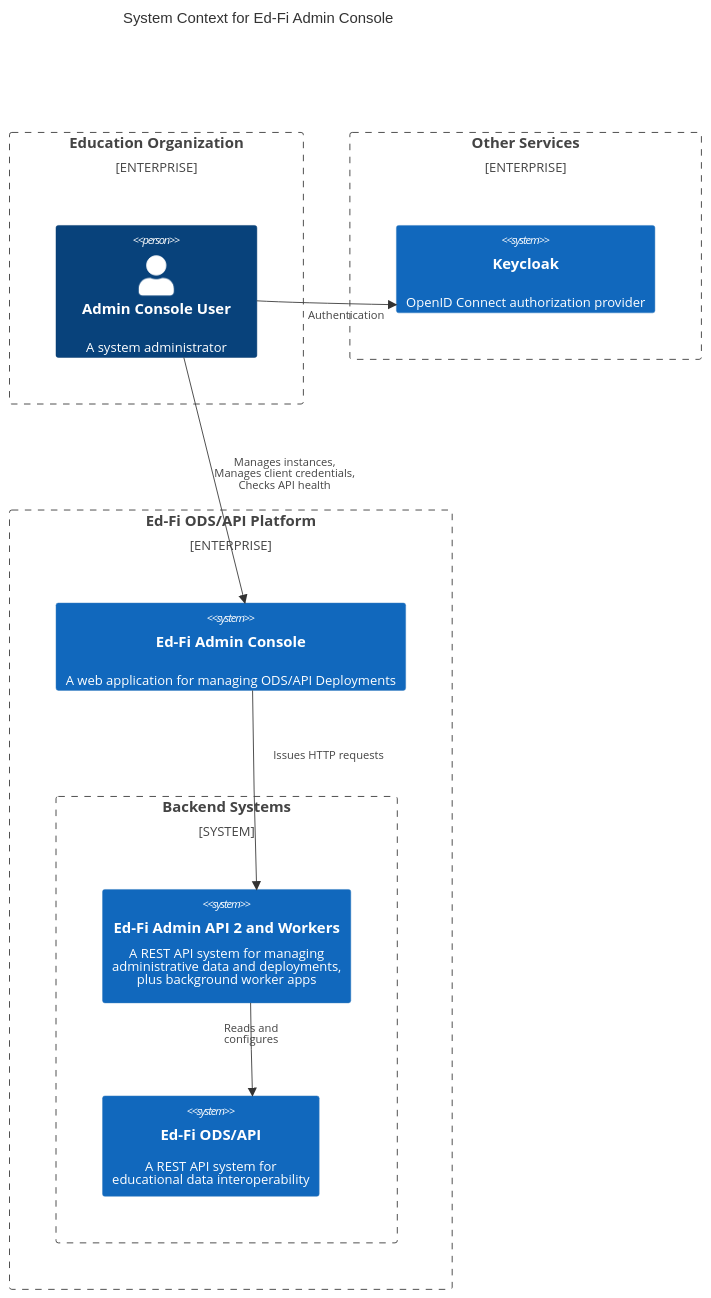
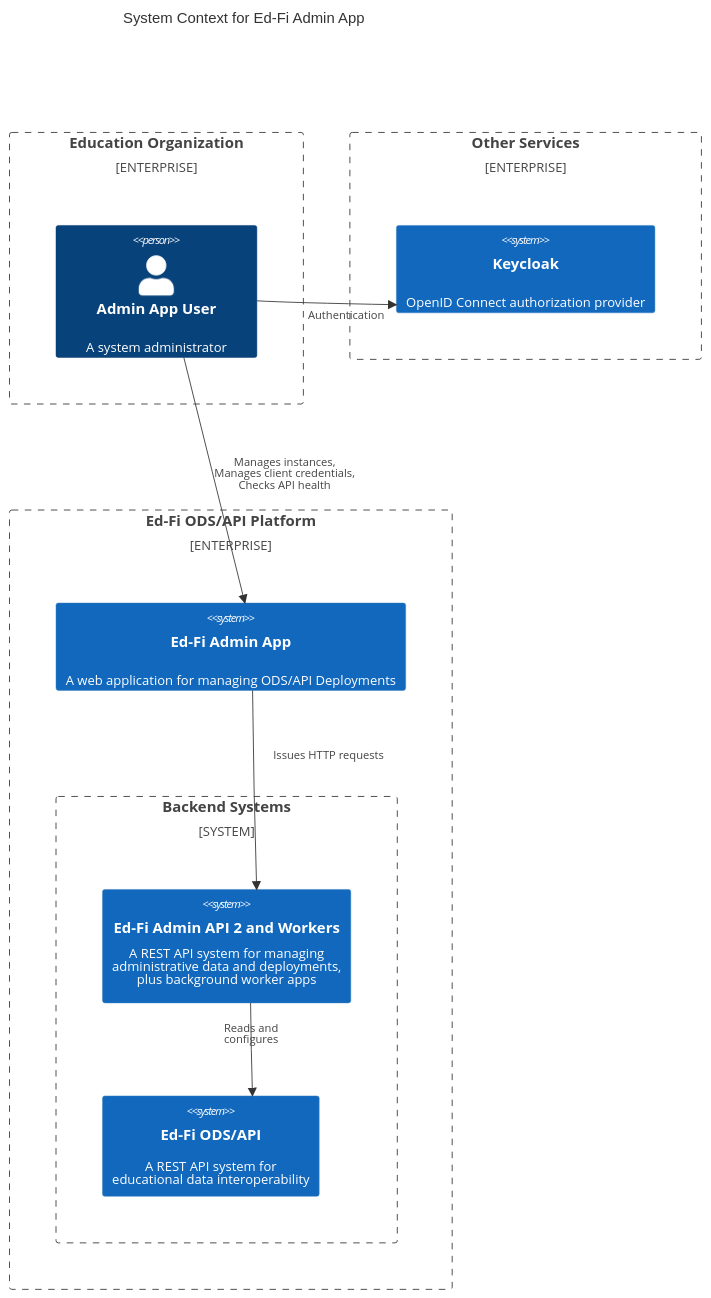
The first of 2 diagrams in docs/design/adminconsole/readme.md (Ed-Fi-Alliance-OSS/AdminAPI-2.x), drawn with Mermaid before and after one commit. The commit also changed other lines of this file and 1 other file, not shown here.

````diff
--- a/docs/design/adminconsole/readme.md
+++ b/docs/design/adminconsole/readme.md
@@ -29,36 +29,36 @@
 ```mermaid
 C4Context
-    title System Context for Ed-Fi Admin Console
+    title System Context for Ed-Fi Admin App
 
     Enterprise_Boundary(edorg, "Education Organization") {
-        Person(User, "Admin Console User", "A system administrator")
+        Person(User, "Admin App User", "A system administrator")
     }
 
     Enterprise_Boundary(other, "Other Services") {
         System(Keycloak, "Keycloak", "OpenID Connect authorization provider")
     }
 
     Enterprise_Boundary(edfi, "Ed-Fi ODS/API Platform") {
-        System(AdminConsole, "Ed-Fi Admin Console", "A web application for managing ODS/API Deployments")
+        System(AdminConsole, "Ed-Fi Admin App", "A web application for managing ODS/API Deployments")
 
 
         System_Boundary(backend, "Backend Systems") {
             System(AdminAPI, "Ed-Fi Admin API 2 and Workers", "A REST API system for managing<br />administrative data and deployments,<br />plus background worker apps")
             System(OdsApi, "Ed-Fi ODS/API", "A REST API system for<br />educational data interoperability")
         }
     }
 
     Rel(User, AdminConsole, "Manages instances,<br/>Manages client credentials,<br/>Checks API health")
     UpdateRelStyle(User, AdminConsole, $offsetX="0", $offsetY="-10")
 
     Rel(AdminConsole, AdminAPI, "Issues HTTP requests")
     UpdateRelStyle(AdminConsole, AdminAPI, $offsetY="-40", $offsetX="20")
 
     Rel(AdminAPI, OdsApi, "Reads and<br />configures")
     UpdateRelStyle(AdminAPI, OdsApi, $offsetY="-20", $offsetX="-30")
 
     Rel(User, Keycloak, "Authentication")
     UpdateRelStyle(User, Keycloak, $offsetX="-20", $offsetY="10")
 
     UpdateLayoutConfig($c4ShapeInRow="2", $c4BoundaryInRow="2")
 ```
````
